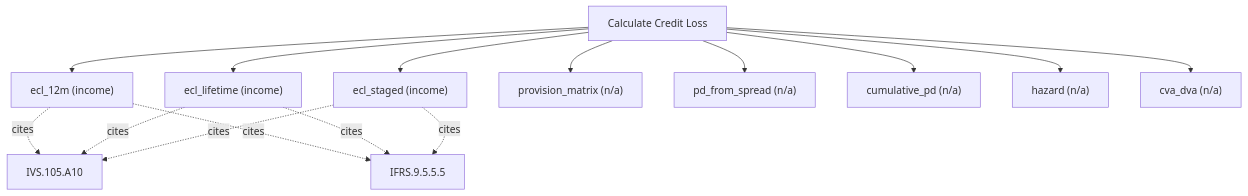
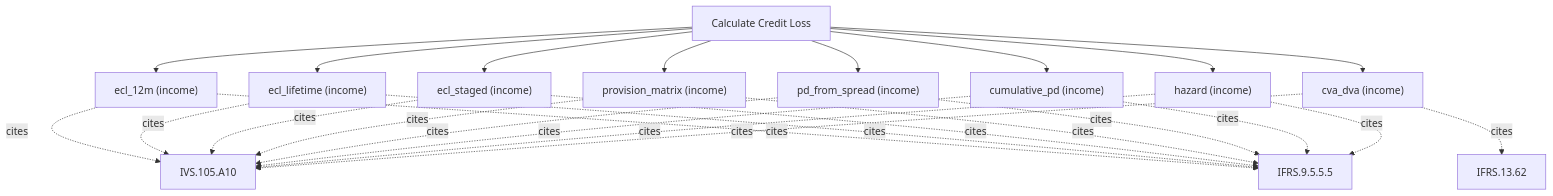
One commit to simonmak-ascent/fair-value changed the diagram in docs/methods/calculate_credit_loss.md. Above: the diagram before and after it, drawn with Mermaid. The commit also changed other lines of this file and 18 other files, not shown here.

````diff
--- a/docs/methods/calculate_credit_loss.md
+++ b/docs/methods/calculate_credit_loss.md
@@ -5,18 +5,28 @@
 ```mermaid
 flowchart TD
   T[Calculate Credit Loss]
   T --> calculate_credit_loss_ecl_12m["ecl_12m (income)"]
   calculate_credit_loss_ecl_12m -. cites .-> IVS_105_A10[IVS.105.A10]
   calculate_credit_loss_ecl_12m -. cites .-> IFRS_9_5_5_5[IFRS.9.5.5.5]
   T --> calculate_credit_loss_ecl_lifetime["ecl_lifetime (income)"]
   calculate_credit_loss_ecl_lifetime -. cites .-> IVS_105_A10[IVS.105.A10]
   calculate_credit_loss_ecl_lifetime -. cites .-> IFRS_9_5_5_5[IFRS.9.5.5.5]
   T --> calculate_credit_loss_ecl_staged["ecl_staged (income)"]
   calculate_credit_loss_ecl_staged -. cites .-> IVS_105_A10[IVS.105.A10]
   calculate_credit_loss_ecl_staged -. cites .-> IFRS_9_5_5_5[IFRS.9.5.5.5]
-  T --> calculate_credit_loss_provision_matrix["provision_matrix (n/a)"]
-  T --> calculate_credit_loss_pd_from_spread["pd_from_spread (n/a)"]
-  T --> calculate_credit_loss_cumulative_pd["cumulative_pd (n/a)"]
-  T --> calculate_credit_loss_hazard["hazard (n/a)"]
-  T --> calculate_credit_loss_cva_dva["cva_dva (n/a)"]
+  T --> calculate_credit_loss_provision_matrix["provision_matrix (income)"]
+  calculate_credit_loss_provision_matrix -. cites .-> IVS_105_A10[IVS.105.A10]
+  calculate_credit_loss_provision_matrix -. cites .-> IFRS_9_5_5_5[IFRS.9.5.5.5]
+  T --> calculate_credit_loss_pd_from_spread["pd_from_spread (income)"]
+  calculate_credit_loss_pd_from_spread -. cites .-> IVS_105_A10[IVS.105.A10]
+  calculate_credit_loss_pd_from_spread -. cites .-> IFRS_9_5_5_5[IFRS.9.5.5.5]
+  T --> calculate_credit_loss_cumulative_pd["cumulative_pd (income)"]
+  calculate_credit_loss_cumulative_pd -. cites .-> IVS_105_A10[IVS.105.A10]
+  calculate_credit_loss_cumulative_pd -. cites .-> IFRS_9_5_5_5[IFRS.9.5.5.5]
+  T --> calculate_credit_loss_hazard["hazard (income)"]
+  calculate_credit_loss_hazard -. cites .-> IVS_105_A10[IVS.105.A10]
+  calculate_credit_loss_hazard -. cites .-> IFRS_9_5_5_5[IFRS.9.5.5.5]
+  T --> calculate_credit_loss_cva_dva["cva_dva (income)"]
+  calculate_credit_loss_cva_dva -. cites .-> IVS_105_A10[IVS.105.A10]
+  calculate_credit_loss_cva_dva -. cites .-> IFRS_13_62[IFRS.13.62]
 ```
````
